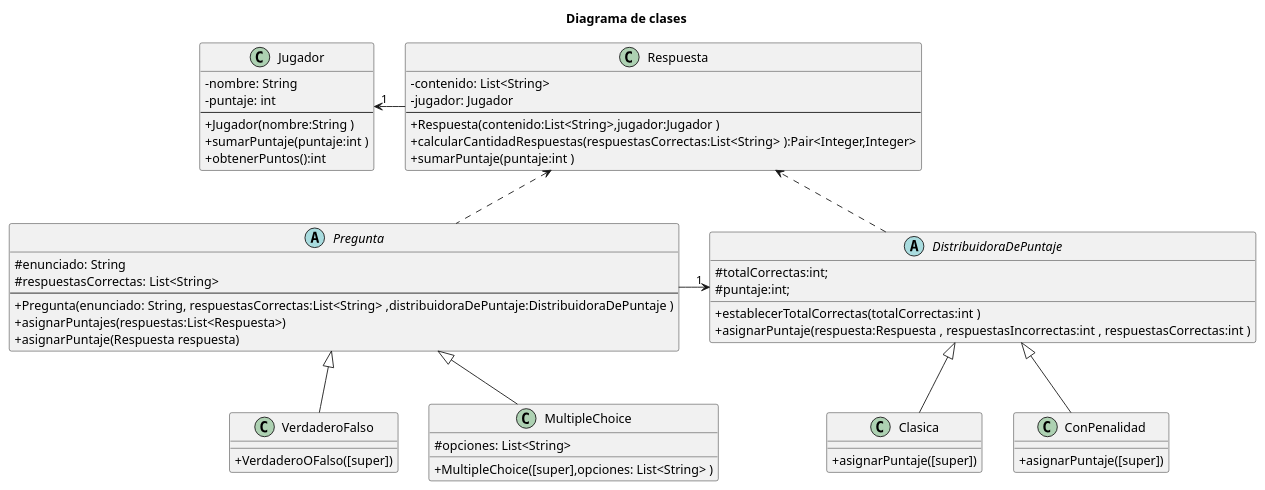
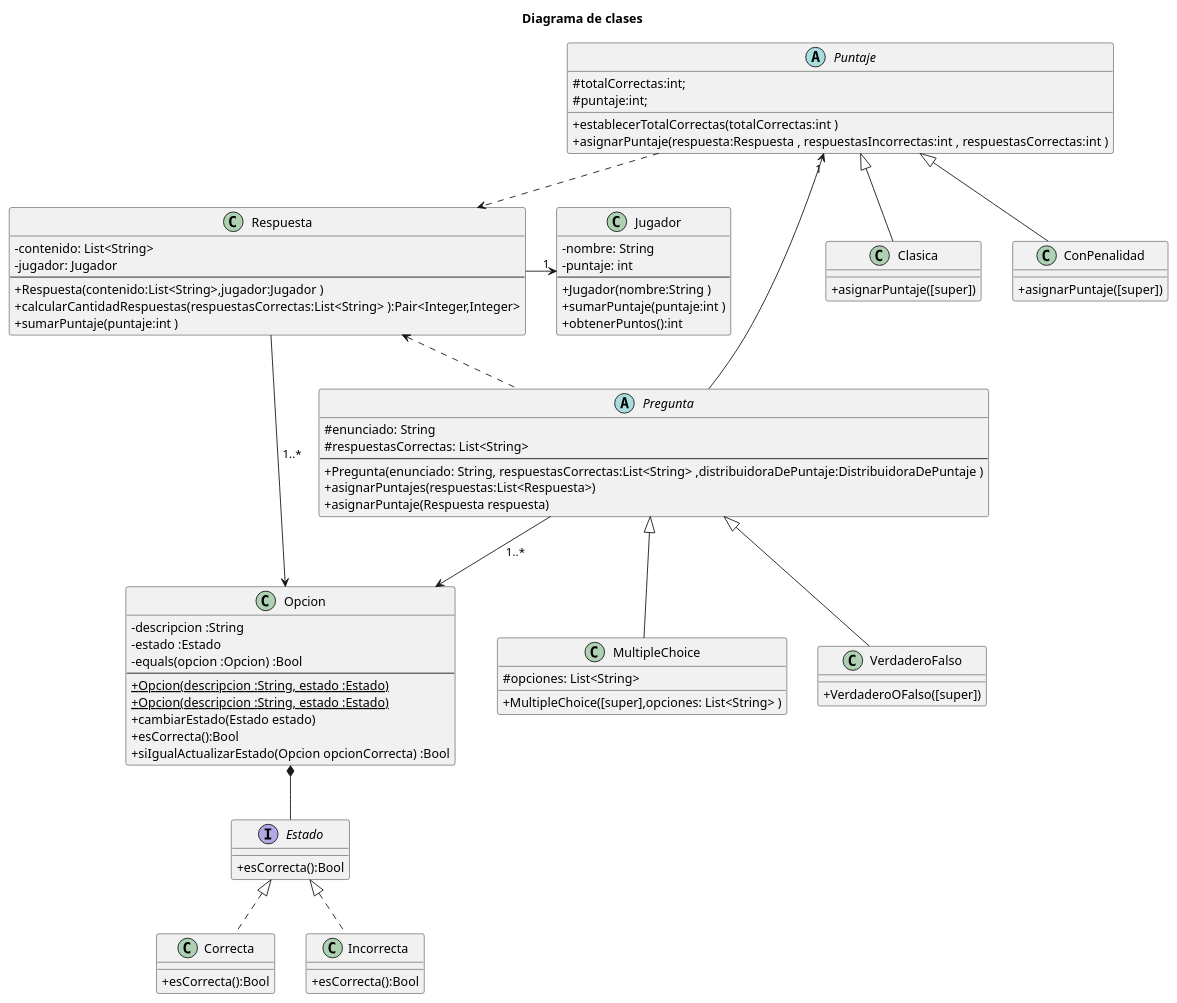
The diagram in diagrams/classes/diagrama_clase_entrega_1.puml (laldonate96/Algo3-TP2), drawn with PlantUML before and after one commit.

Commit message:
se modifica el diagrama en torno a los ultimos cambios

```diff
--- a/diagrams/classes/diagrama_clase_entrega_1.puml
+++ b/diagrams/classes/diagrama_clase_entrega_1.puml
@@ -1,62 +1,88 @@
 @startuml diagrama de clases
 skinparam classAttributeIconSize 0
 title Diagrama de clases
 
 class Jugador{
     - nombre: String
     - puntaje: int
     ---
     + Jugador(nombre:String )
     + sumarPuntaje(puntaje:int )
     + obtenerPuntos():int
 }
 
 Class Respuesta {
     - contenido: List<String>
     - jugador: Jugador
     ---
     + Respuesta(contenido:List<String>,jugador:Jugador )
     + calcularCantidadRespuestas(respuestasCorrectas:List<String> ):Pair<Integer,Integer>
     + sumarPuntaje(puntaje:int )
 }
 
- abstract class DistribuidoraDePuntaje {
+ abstract class Puntaje {
      #totalCorrectas:int;
      #puntaje:int;
      + establecerTotalCorrectas(totalCorrectas:int )
      + asignarPuntaje(respuesta:Respuesta , respuestasIncorrectas:int , respuestasCorrectas:int )
 }
 
-class Clasica extends DistribuidoraDePuntaje{
+class Clasica extends Puntaje{
      + asignarPuntaje([super])
 }
 
-class ConPenalidad extends DistribuidoraDePuntaje{
+class ConPenalidad extends Puntaje{
      + asignarPuntaje([super])
 }
 
 abstract class Pregunta {
     # enunciado: String
     # respuestasCorrectas: List<String>
     ---
     + Pregunta(enunciado: String, respuestasCorrectas:List<String> ,distribuidoraDePuntaje:DistribuidoraDePuntaje )
     + asignarPuntajes(respuestas:List<Respuesta>)
     + asignarPuntaje(Respuesta respuesta)
 }
 
 class VerdaderoFalso extends Pregunta {
     +VerdaderoOFalso([super])
 }
 
 class MultipleChoice extends Pregunta {
     #opciones: List<String>
     +MultipleChoice([super],opciones: List<String> )
     }
 
+class Opcion {
+    -descripcion :String
+    -estado :Estado
+    -equals(opcion :Opcion) :Bool
+    ---
+    {static}+ Opcion(descripcion :String, estado :Estado)
+    {static}+ Opcion(descripcion :String, estado :Estado)
+    +cambiarEstado(Estado estado)
+    +esCorrecta():Bool
+    +siIgualActualizarEstado(Opcion opcionCorrecta) :Bool
+}
+
+interface Estado{
+    +esCorrecta():Bool
+}
+
+class Correcta implements Estado{
+    +esCorrecta():Bool   
+}
+
+class Incorrecta implements Estado{
+    +esCorrecta():Bool
+}
 
 Jugador "1" <- Respuesta
-Pregunta -> "1" DistribuidoraDePuntaje
+Pregunta -l-> "1" Puntaje
 Respuesta <.. Pregunta
-DistribuidoraDePuntaje ..> Respuesta
+Puntaje ..> Respuesta
+Opcion *-- Estado
+Pregunta -d-> Opcion: "1..*"
+Respuesta -> Opcion:"1..*"
 
 @enduml
```
